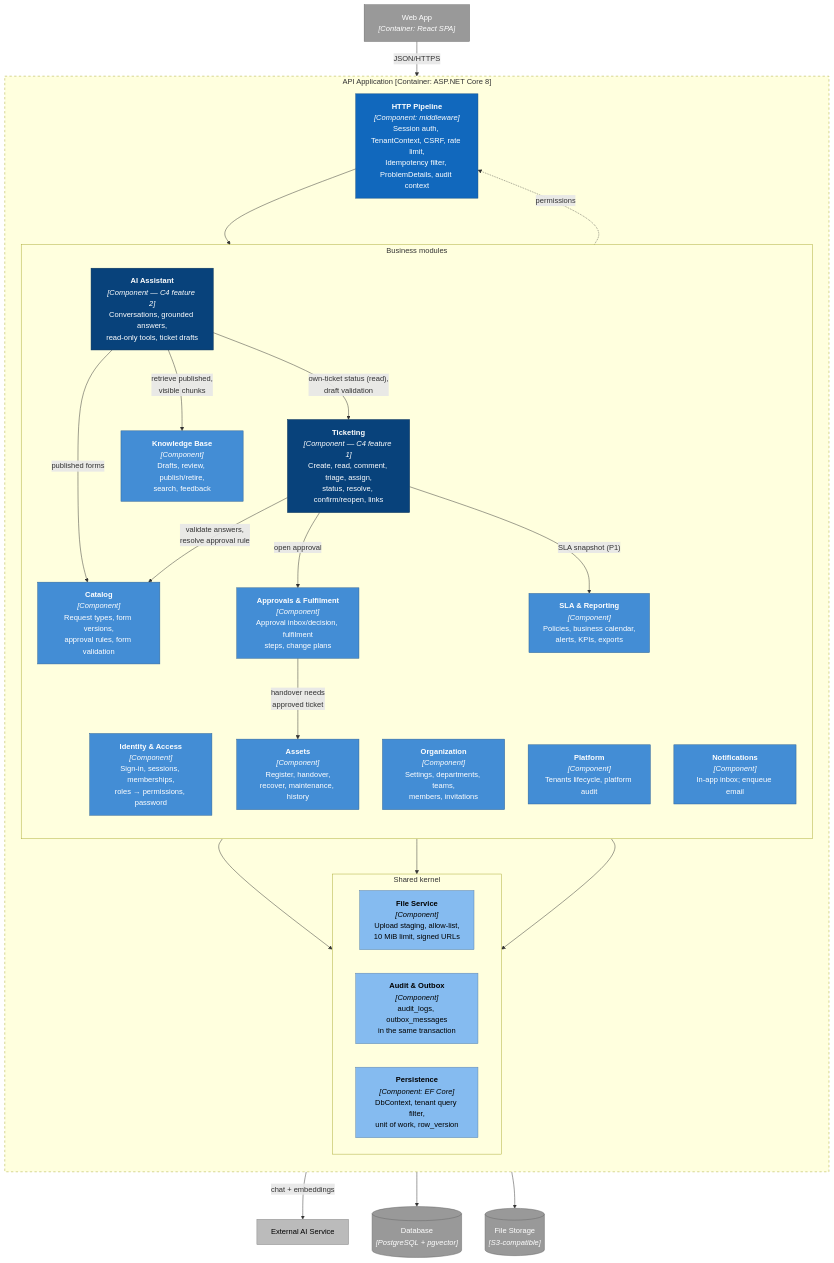
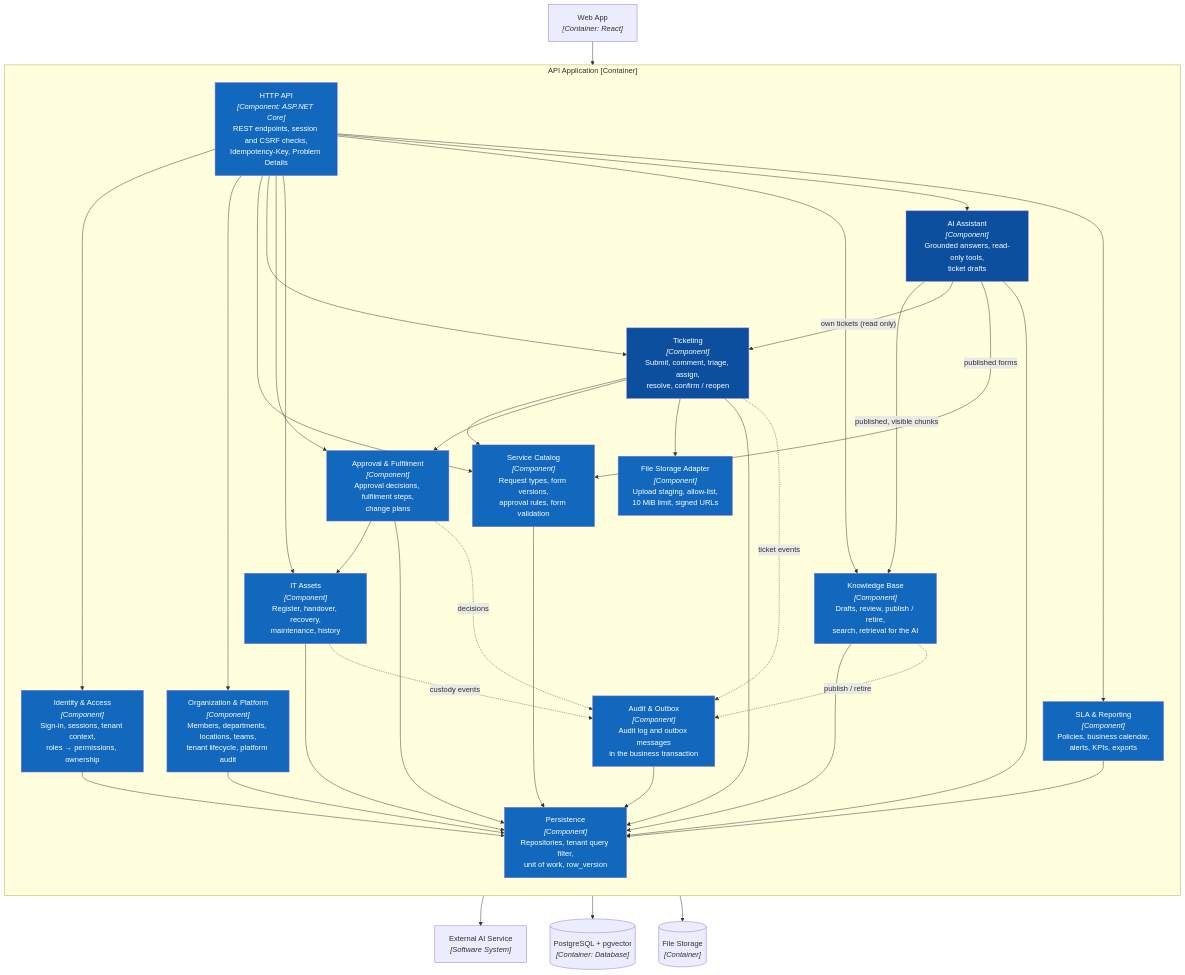
Before and after one commit to cuonglpv/SmartDesk: the diagram in docs/architecture/c4/03-component.md, drawn with Mermaid. The commit also changed other lines of this file and 9 other files, not shown here.

First line of the commit message:
Present architecture docs in the sample repository's layout

````diff
--- a/docs/architecture/c4/03-component.md
+++ b/docs/architecture/c4/03-component.md
@@ -7,73 +5,73 @@
 ```mermaid
 flowchart TB
-    spa["Web App<br/><i>[Container: React SPA]</i>"]
-
-    subgraph apiC["API Application [Container: ASP.NET Core 8]"]
+    subgraph rt["API Application [Container]"]
         direction TB
-        pipe["<b>HTTP Pipeline</b><br/><i>[Component: middleware]</i><br/>Session auth, TenantContext, CSRF, rate limit,<br/>Idempotency filter, ProblemDetails, audit context"]
-
-        subgraph mods["Business modules"]
-            direction TB
-            idn["<b>Identity & Access</b><br/><i>[Component]</i><br/>Sign-in, sessions, memberships,<br/>roles → permissions, password"]
-            orgm["<b>Organization</b><br/><i>[Component]</i><br/>Settings, departments, teams,<br/>members, invitations"]
-            platm["<b>Platform</b><br/><i>[Component]</i><br/>Tenants lifecycle, platform audit"]
-            cat["<b>Catalog</b><br/><i>[Component]</i><br/>Request types, form versions,<br/>approval rules, form validation"]
-            tkt["<b>Ticketing</b><br/><i>[Component — C4 feature 1]</i><br/>Create, read, comment, triage, assign,<br/>status, resolve, confirm/reopen, links"]
-            apr["<b>Approvals & Fulfilment</b><br/><i>[Component]</i><br/>Approval inbox/decision, fulfilment<br/>steps, change plans"]
-            ast["<b>Assets</b><br/><i>[Component]</i><br/>Register, handover,<br/>recover, maintenance, history"]
-            kb["<b>Knowledge Base</b><br/><i>[Component]</i><br/>Drafts, review, publish/retire,<br/>search, feedback"]
-            aia["<b>AI Assistant</b><br/><i>[Component — C4 feature 2]</i><br/>Conversations, grounded answers,<br/>read-only tools, ticket drafts"]
-            sla["<b>SLA & Reporting</b><br/><i>[Component]</i><br/>Policies, business calendar,<br/>alerts, KPIs, exports"]
-            ntf["<b>Notifications</b><br/><i>[Component]</i><br/>In-app inbox; enqueue email"]
-        end
-
-        subgraph shared["Shared kernel"]
-            direction LR
-            files["<b>File Service</b><br/><i>[Component]</i><br/>Upload staging, allow-list,<br/>10 MiB limit, signed URLs"]
-            aud["<b>Audit & Outbox</b><br/><i>[Component]</i><br/>audit_logs, outbox_messages<br/>in the same transaction"]
-            persist["<b>Persistence</b><br/><i>[Component: EF Core]</i><br/>DbContext, tenant query filter,<br/>unit of work, row_version"]
-        end
+        api["HTTP API<br/><i>[Component: ASP.NET Core]</i><br/>REST endpoints, session and CSRF checks,<br/>Idempotency-Key, Problem Details"]
+        identity["Identity & Access<br/><i>[Component]</i><br/>Sign-in, sessions, tenant context,<br/>roles → permissions, ownership"]
+        org["Organization & Platform<br/><i>[Component]</i><br/>Members, departments, locations, teams,<br/>tenant lifecycle, platform audit"]
+        catalog["Service Catalog<br/><i>[Component]</i><br/>Request types, form versions,<br/>approval rules, form validation"]
+        tickets["Ticketing<br/><i>[Component]</i><br/>Submit, comment, triage, assign,<br/>resolve, confirm / reopen"]
+        approvals["Approval & Fulfilment<br/><i>[Component]</i><br/>Approval decisions, fulfilment steps,<br/>change plans"]
+        assets["IT Assets<br/><i>[Component]</i><br/>Register, handover, recovery,<br/>maintenance, history"]
+        kb["Knowledge Base<br/><i>[Component]</i><br/>Drafts, review, publish / retire,<br/>search, retrieval for the AI"]
+        assistant["AI Assistant<br/><i>[Component]</i><br/>Grounded answers, read-only tools,<br/>ticket drafts"]
+        sla["SLA & Reporting<br/><i>[Component]</i><br/>Policies, business calendar,<br/>alerts, KPIs, exports"]
+        audit["Audit & Outbox<br/><i>[Component]</i><br/>Audit log and outbox messages<br/>in the business transaction"]
+        fileStore["File Storage Adapter<br/><i>[Component]</i><br/>Upload staging, allow-list,<br/>10 MiB limit, signed URLs"]
+        persistence["Persistence<br/><i>[Component]</i><br/>Repositories, tenant query filter,<br/>unit of work, row_version"]
     end
 
-    db[("Database<br/><i>[PostgreSQL + pgvector]</i>")]
-    store[("File Storage<br/><i>[S3-compatible]</i>")]
-    ai["External AI Service"]
+    web["Web App<br/><i>[Container: React]</i>"]
+    db[("PostgreSQL + pgvector<br/><i>[Container: Database]</i>")]
+    store[("File Storage<br/><i>[Container]</i>")]
+    llm["External AI Service<br/><i>[Software System]</i>"]
 
-    spa -- "JSON/HTTPS" --> pipe
-    pipe --> mods
-    idn -. "permissions" .-> pipe
-    tkt -- "validate answers,<br/>resolve approval rule" --> cat
-    tkt -- "open approval" --> apr
-    apr -- "handover needs<br/>approved ticket" --> ast
-    aia -- "retrieve published,<br/>visible chunks" --> kb
-    aia -- "own-ticket status (read),<br/>draft validation" --> tkt
-    aia -- "published forms" --> cat
-    aia -- "chat + embeddings" --> ai
-    tkt -- "SLA snapshot (P1)" --> sla
-    tkt --> files
-    mods --> aud
-    mods --> persist
-    persist --> db
-    files --> store
+    web --> api
+    api --> identity
+    api --> org
+    api --> catalog
+    api --> tickets
+    api --> approvals
+    api --> assets
+    api --> kb
+    api --> assistant
+    api --> sla
+    tickets --> catalog
+    tickets --> approvals
+    tickets --> fileStore
+    approvals --> assets
+    assistant -->|"published, visible chunks"| kb
+    assistant -->|"own tickets (read only)"| tickets
+    assistant -->|"published forms"| catalog
+    assistant --> llm
+    identity --> persistence
+    org --> persistence
+    catalog --> persistence
+    tickets --> persistence
+    approvals --> persistence
+    assets --> persistence
+    kb --> persistence
+    assistant --> persistence
+    sla --> persistence
+    tickets -.->|"ticket events"| audit
+    approvals -.->|"decisions"| audit
+    assets -.->|"custody events"| audit
+    kb -.->|"publish / retire"| audit
+    audit --> persistence
+    persistence --> db
+    fileStore --> store
 
-    style tkt fill:#08427b,color:#fff,stroke:#052e56
-    style aia fill:#08427b,color:#fff,stroke:#052e56
-    style pipe fill:#1168bd,color:#fff,stroke:#0b4884
-    style idn fill:#438dd5,color:#fff,stroke:#2e6295
-    style orgm fill:#438dd5,color:#fff,stroke:#2e6295
-    style platm fill:#438dd5,color:#fff,stroke:#2e6295
-    style cat fill:#438dd5,color:#fff,stroke:#2e6295
-    style apr fill:#438dd5,color:#fff,stroke:#2e6295
-    style ast fill:#438dd5,color:#fff,stroke:#2e6295
-    style kb fill:#438dd5,color:#fff,stroke:#2e6295
-    style sla fill:#438dd5,color:#fff,stroke:#2e6295
-    style ntf fill:#438dd5,color:#fff,stroke:#2e6295
-    style files fill:#85bbf0,color:#000,stroke:#5d82a8
-    style aud fill:#85bbf0,color:#000,stroke:#5d82a8
-    style persist fill:#85bbf0,color:#000,stroke:#5d82a8
-    style spa fill:#999,color:#fff,stroke:#666
-    style db fill:#999,color:#fff,stroke:#666
-    style store fill:#999,color:#fff,stroke:#666
-    style ai fill:#bbb,color:#000,stroke:#888
-    style apiC stroke-dasharray: 5 5
+    style api fill:#1168bd,color:#fff
+    style identity fill:#1168bd,color:#fff
+    style org fill:#1168bd,color:#fff
+    style catalog fill:#1168bd,color:#fff
+    style tickets fill:#0b4f9e,color:#fff
+    style approvals fill:#1168bd,color:#fff
+    style assets fill:#1168bd,color:#fff
+    style kb fill:#1168bd,color:#fff
+    style assistant fill:#0b4f9e,color:#fff
+    style sla fill:#1168bd,color:#fff
+    style audit fill:#1168bd,color:#fff
+    style fileStore fill:#1168bd,color:#fff
+    style persistence fill:#1168bd,color:#fff
 ```
````
